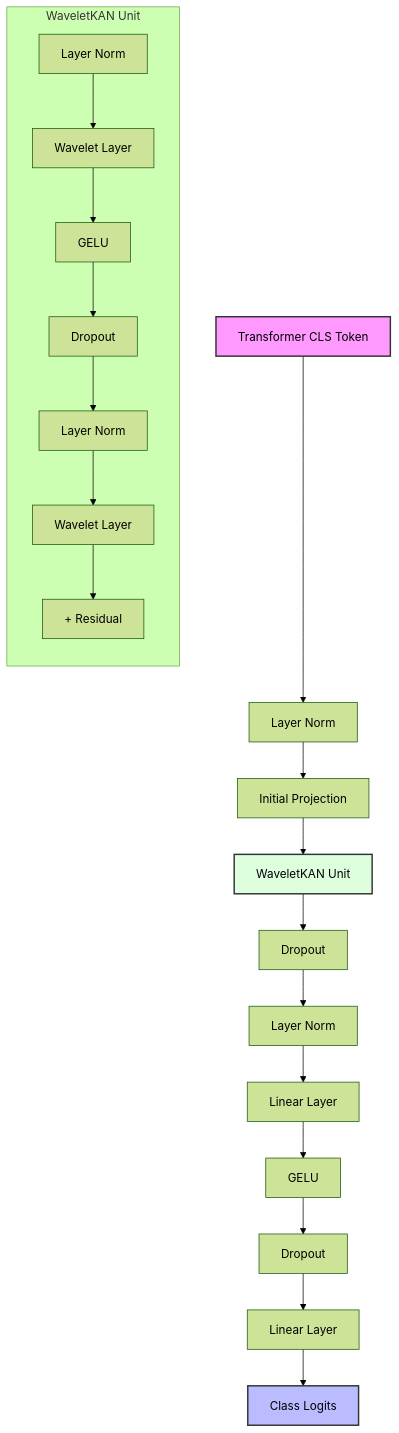
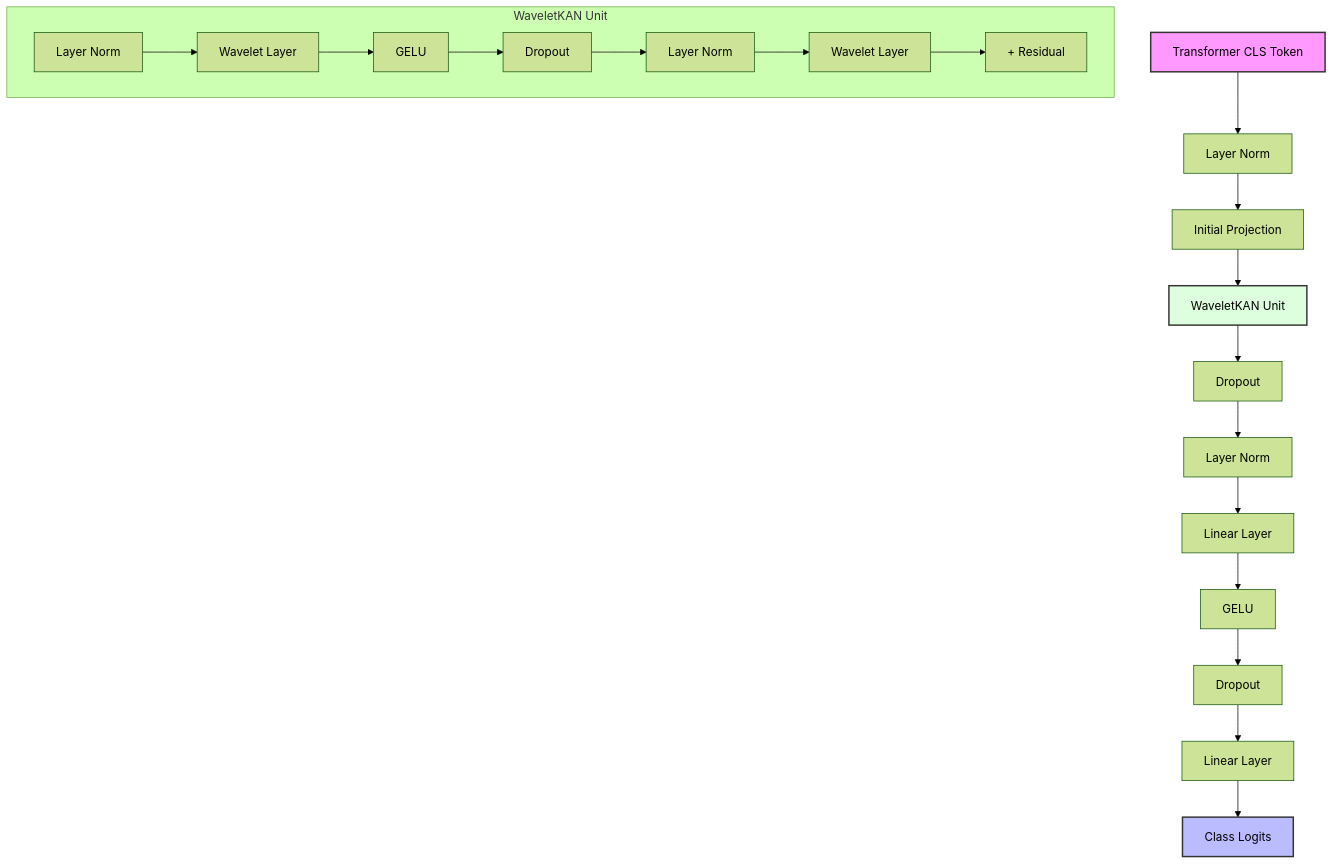
The seventh of 7 diagrams in README.md (tmnestor/HF_Trainer_Classifier), drawn with Mermaid (forest theme) before and after one commit. The commit also changed other lines of this file, not shown here.

First line of the commit message:
🔧 Fix alignment in Mermaid diagrams

````diff
--- a/README.md
+++ b/README.md
@@ -455,27 +455,26 @@
 ```mermaid
 flowchart TB
     input[Transformer CLS Token] --> norm1[Layer Norm]
     norm1 --> proj[Initial Projection]
     proj --> wunit[WaveletKAN Unit]
     wunit --> drop1[Dropout]
     drop1 --> norm2[Layer Norm]
     norm2 --> fc1[Linear Layer]
     fc1 --> gelu[GELU]
     gelu --> drop2[Dropout]
     drop2 --> fc2[Linear Layer]
     fc2 --> output[Class Logits]
     
     subgraph "WaveletKAN Unit"
-    direction TB
     wnorm1[Layer Norm] --> wlayer1[Wavelet Layer]
     wlayer1 --> wact[GELU]
     wact --> wdrop[Dropout]
     wdrop --> wnorm2[Layer Norm]
     wnorm2 --> wlayer2[Wavelet Layer]
     wlayer2 --> wres[+ Residual]
     end
     
     style input fill:#f9f,stroke:#333,stroke-width:2px
     style output fill:#bbf,stroke:#333,stroke-width:2px
     style wunit fill:#dfd,stroke:#333,stroke-width:2px
 ```
````
